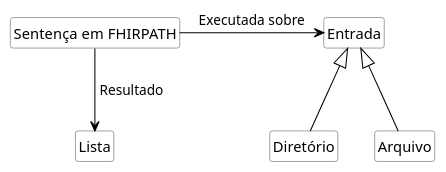
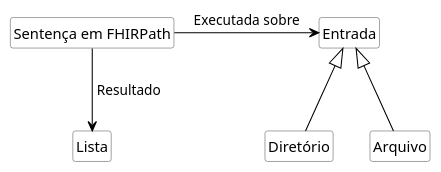
The diagram in tools/fhirpathcli/UML/analise.puml (kyriosdata/rnds), drawn with PlantUML before and after one commit.

```diff
--- a/tools/fhirpathcli/UML/analise.puml
+++ b/tools/fhirpathcli/UML/analise.puml
@@ -1,18 +1,18 @@
 @startuml analise
 
 hide circle
 hide methods
 hide empty members
 
 skinparam class {
     BackgroundColor White
     ArrowColor Black
     BorderColor #505050
 }
 
 Arquivo -up-|> Entrada
 Diretório -up-|> Entrada
 
-"Sentença em FHIRPATH" -right-> Entrada : "Executada sobre"
-"Sentença em FHIRPATH" -down-> Lista : " Resultado"
+"Sentença em FHIRPath" -right-> Entrada : "Executada sobre"
+"Sentença em FHIRPath" -down-> Lista : " Resultado"
 @enduml
```
